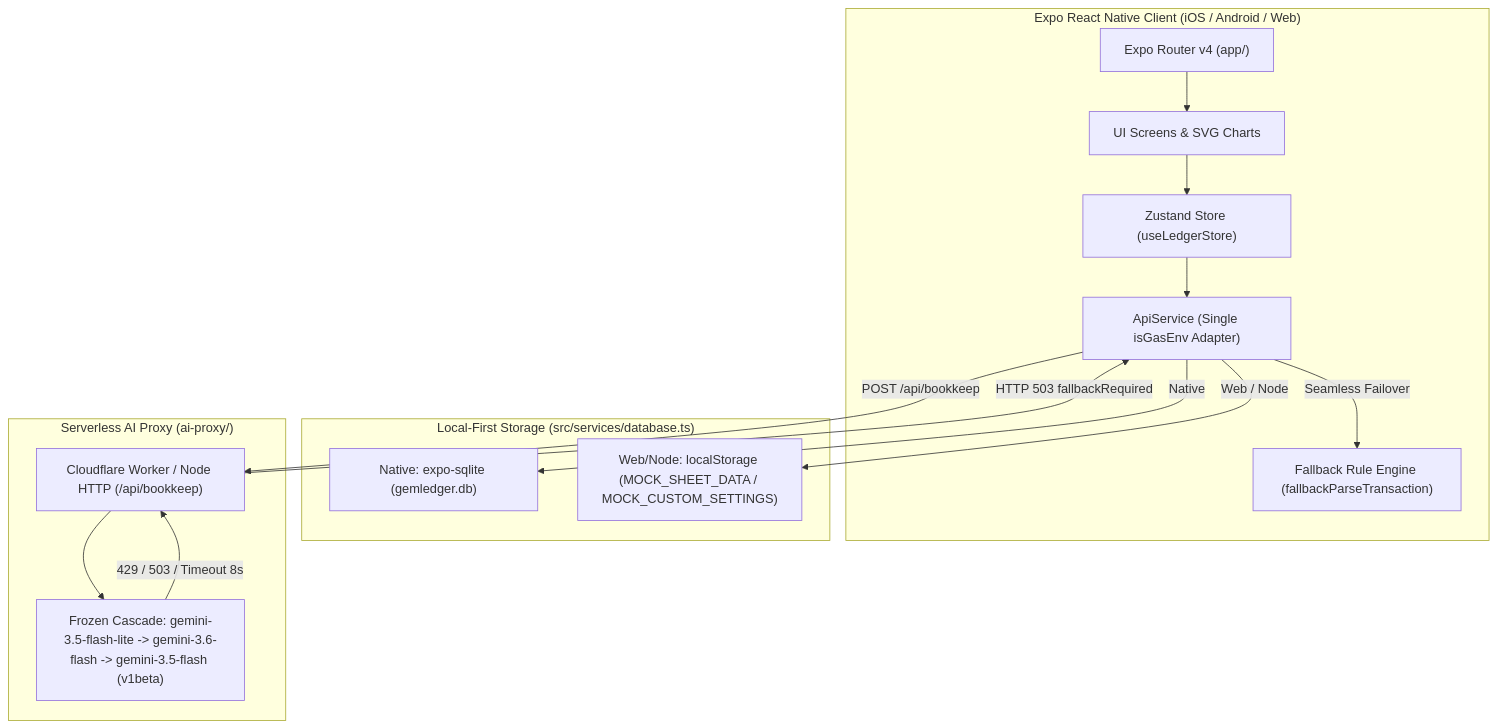
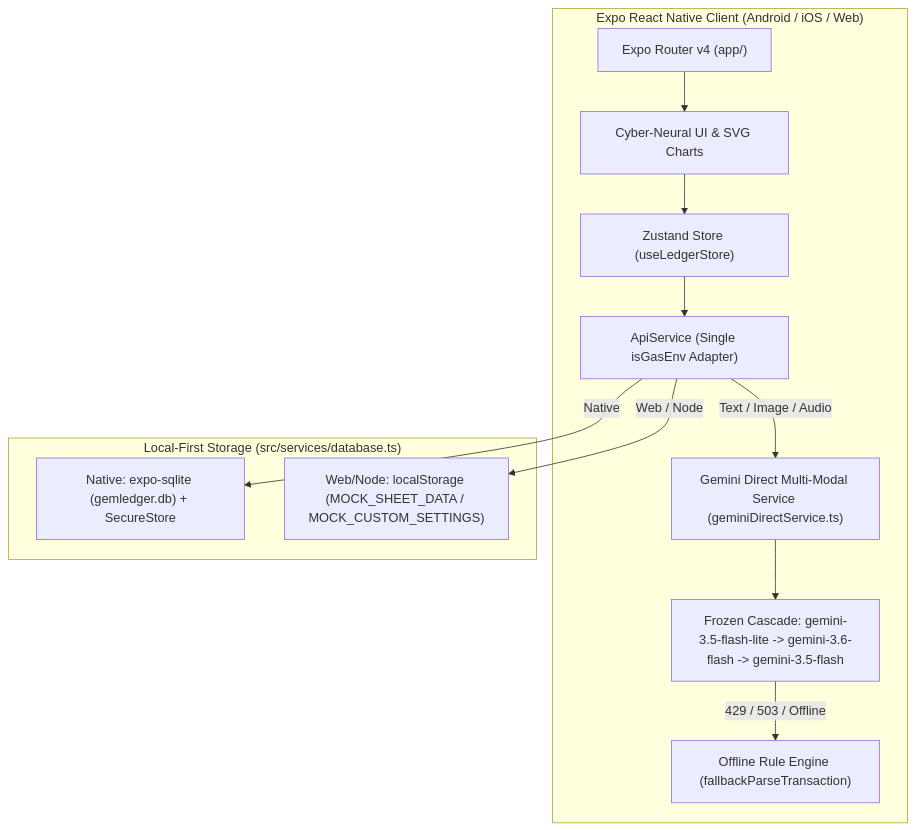
One commit to jaytsbo/gemledger-26-speach changed the diagram in README.md. Above: the diagram before and after it, drawn with Mermaid. The commit also changed other lines of this file and 7 other files, not shown here.

````diff
--- a/README.md
+++ b/README.md
@@ -51,31 +74,26 @@
 ```mermaid
 flowchart TD
-    subgraph MobileWeb["Expo React Native Client (iOS / Android / Web)"]
+    subgraph Client["Expo React Native Client (Android / iOS / Web)"]
         Router["Expo Router v4 (app/)"]
-        UI["UI Screens & SVG Charts"]
+        UI["Cyber-Neural UI & SVG Charts"]
         Store["Zustand Store (useLedgerStore)"]
         Adapter["ApiService (Single isGasEnv Adapter)"]
-        Fallback["Fallback Rule Engine (fallbackParseTransaction)"]
+        GeminiDirect["Gemini Direct Multi-Modal Service (geminiDirectService.ts)"]
+        Cascade["Frozen Cascade: gemini-3.5-flash-lite -> gemini-3.6-flash -> gemini-3.5-flash"]
+        Fallback["Offline Rule Engine (fallbackParseTransaction)"]
     end
 
     subgraph LocalStorage["Local-First Storage (src/services/database.ts)"]
-        SQLite["Native: expo-sqlite (gemledger.db)"]
+        SQLite["Native: expo-sqlite (gemledger.db) + SecureStore"]
         WebLS["Web/Node: localStorage (MOCK_SHEET_DATA / MOCK_CUSTOM_SETTINGS)"]
-    end
-
-    subgraph EdgeProxy["Serverless AI Proxy (ai-proxy/)"]
-        Worker["Cloudflare Worker / Node HTTP (/api/bookkeep)"]
-        Cascade["Frozen Cascade: gemini-3.5-flash-lite -> gemini-3.6-flash -> gemini-3.5-flash (v1beta)"]
     end
 
     Router --> UI
     UI --> Store
     Store --> Adapter
     Adapter -->|Native| SQLite
     Adapter -->|Web / Node| WebLS
-    Adapter -->|POST /api/bookkeep| Worker
-    Worker --> Cascade
-    Cascade -->|429 / 503 / Timeout 8s| Worker
-    Worker -->|HTTP 503 fallbackRequired| Adapter
-    Adapter -->|Seamless Failover| Fallback
+    Adapter -->|Text / Image / Audio| GeminiDirect
+    GeminiDirect --> Cascade
+    Cascade -->|429 / 503 / Offline| Fallback
 ```
````
